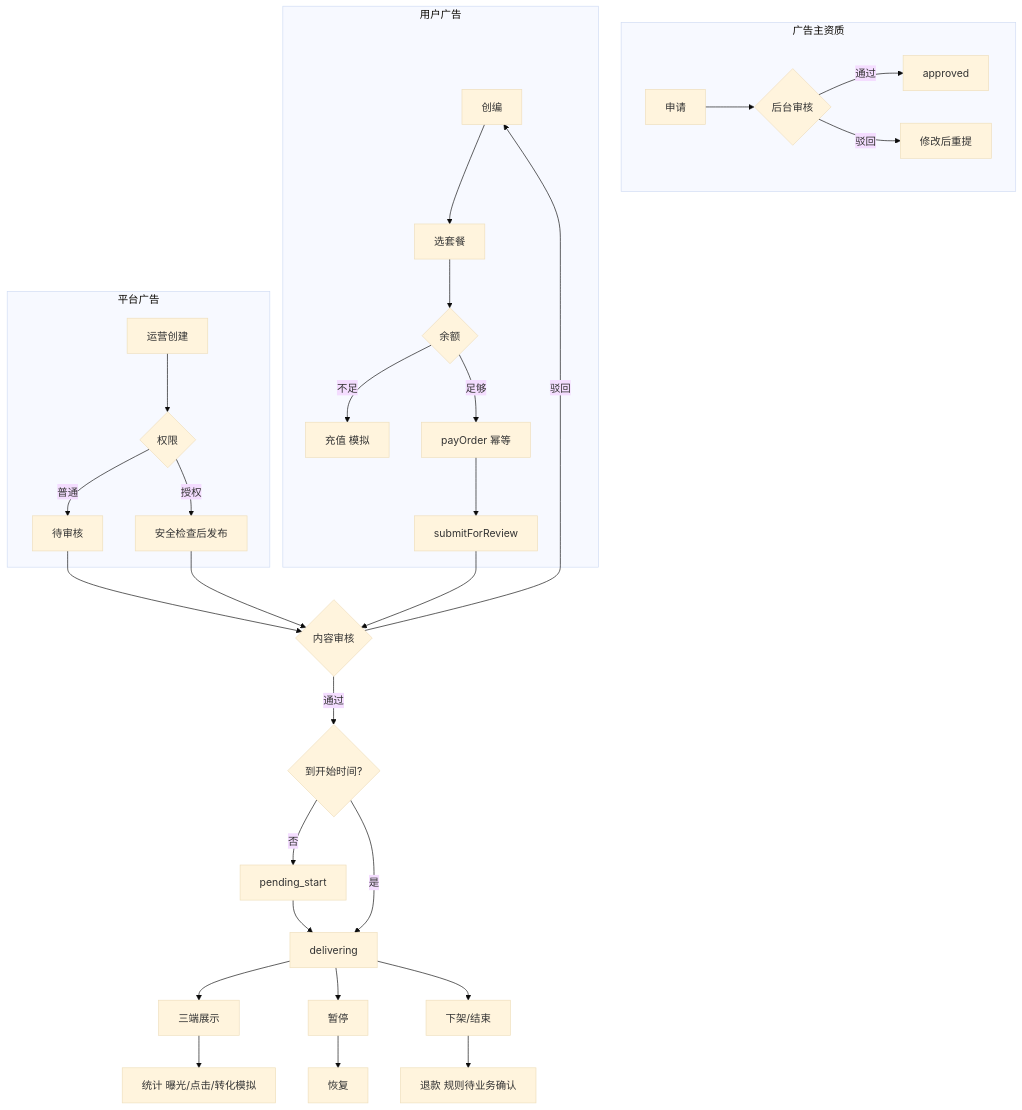
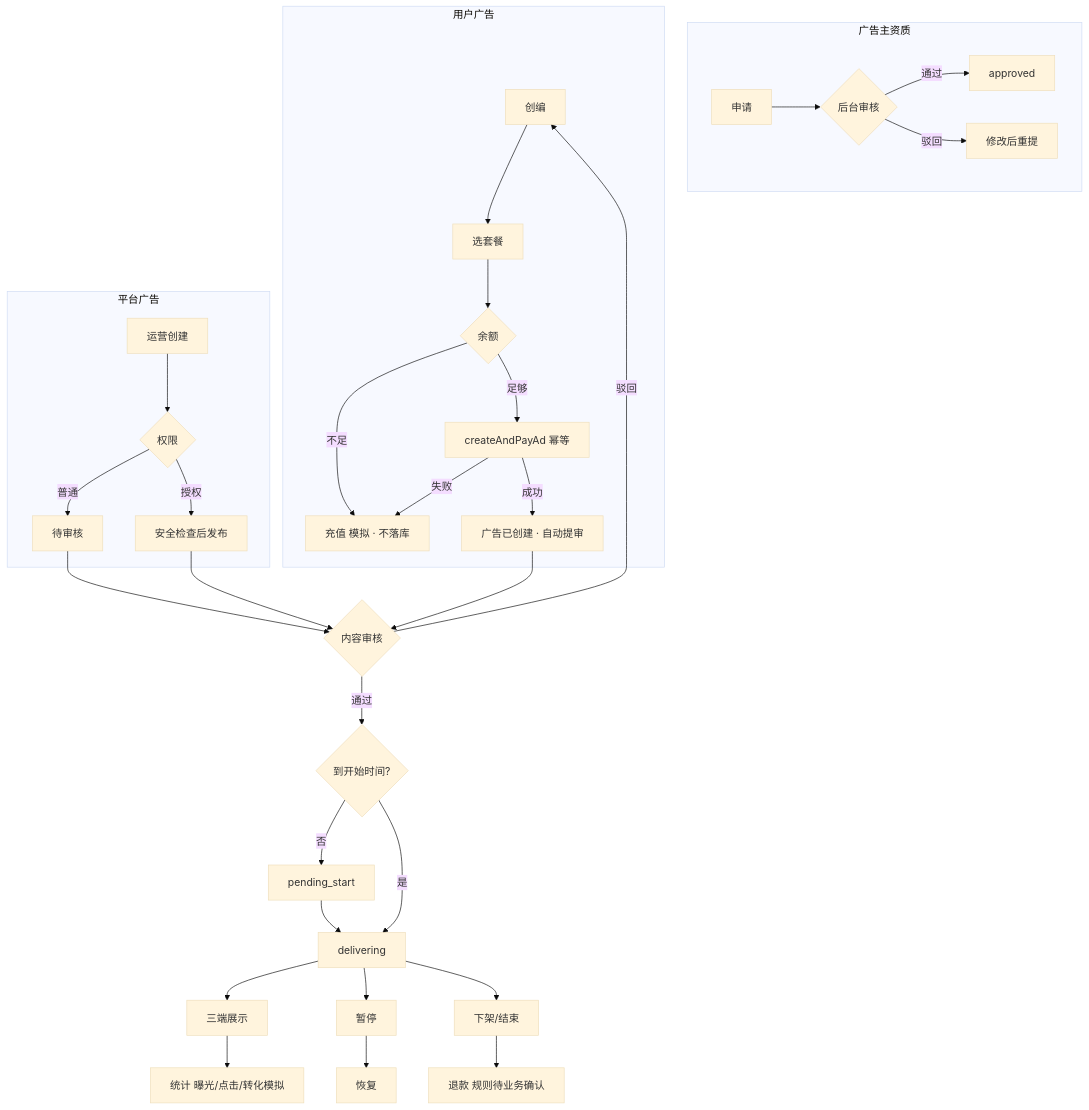
The first of 2 diagrams in docs/ad-system-requirements.md (yulior-95/fansloop), drawn with Mermaid (base theme) before and after one commit. The commit also changed other lines of this file and 445 other files, not shown here.

````diff
--- a/docs/ad-system-requirements.md
+++ b/docs/ad-system-requirements.md
@@ -140,33 +377,34 @@
 ```mermaid
 flowchart TB
   subgraph Qual [广告主资质]
     Q1[申请] --> Q2{后台审核}
     Q2 -->|通过| Q3[approved]
     Q2 -->|驳回| Q4[修改后重提]
   end
   subgraph UserAd [用户广告]
     U1[创编] --> U2[选套餐]
     U2 --> U3{余额}
-    U3 -->|不足| U4[充值 模拟]
-    U3 -->|足够| U5[payOrder 幂等]
-    U5 --> U6[submitForReview]
+    U3 -->|不足| U4[充值 模拟 · 不落库]
+    U3 -->|足够| U5[createAndPayAd 幂等]
+    U5 -->|失败| U4
+    U5 -->|成功| U6[广告已创建 · 自动提审]
   end
   subgraph Ops [平台广告]
     O1[运营创建] --> O2{权限}
     O2 -->|普通| O3[待审核]
     O2 -->|授权| O4[安全检查后发布]
   end
   U6 --> R{内容审核}
   O3 --> R
   O4 --> R
   R -->|驳回| U1
   R -->|通过| T{到开始时间?}
   T -->|否| PS[pending_start]
   T -->|是| DV[delivering]
   PS --> DV
   DV --> SH[三端展示]
   SH --> ST[统计 曝光/点击/转化模拟]
   DV --> PZ[暂停] --> RS[恢复]
   DV --> RM[下架/结束]
   RM --> RF[退款 规则待业务确认]
 ```
````
